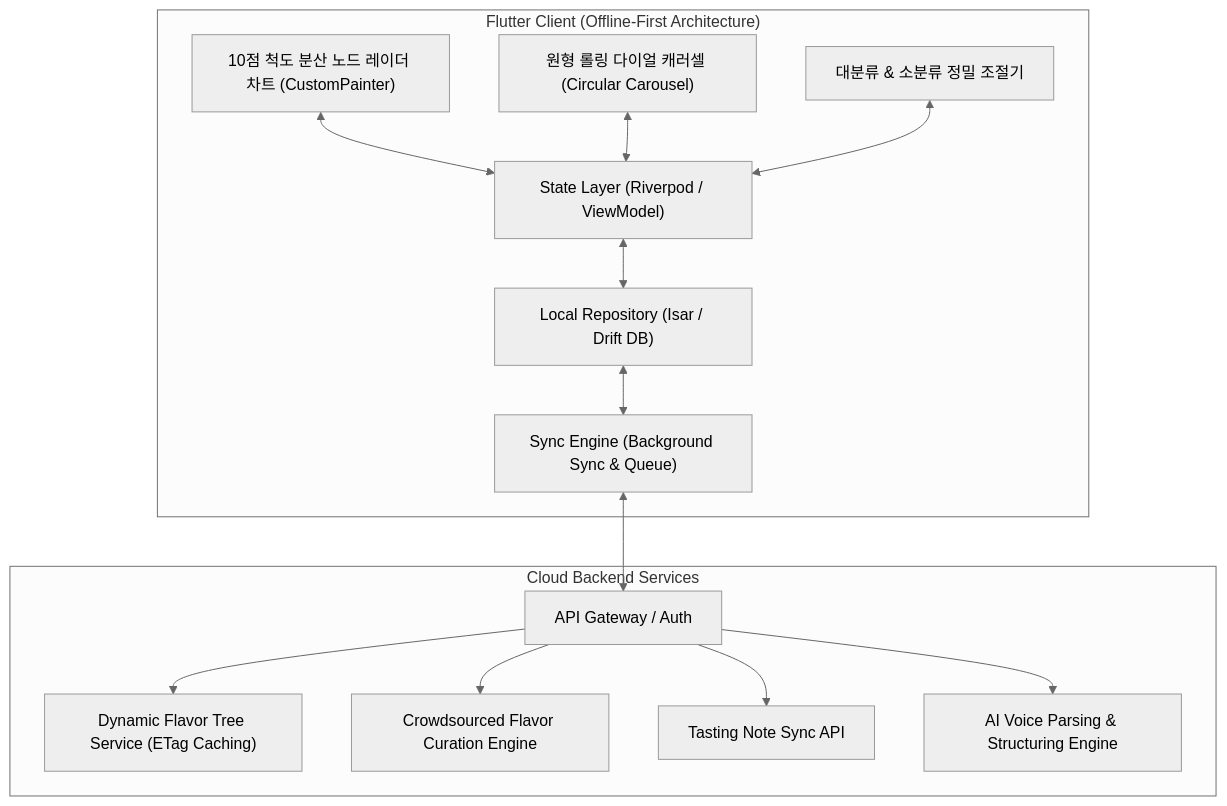
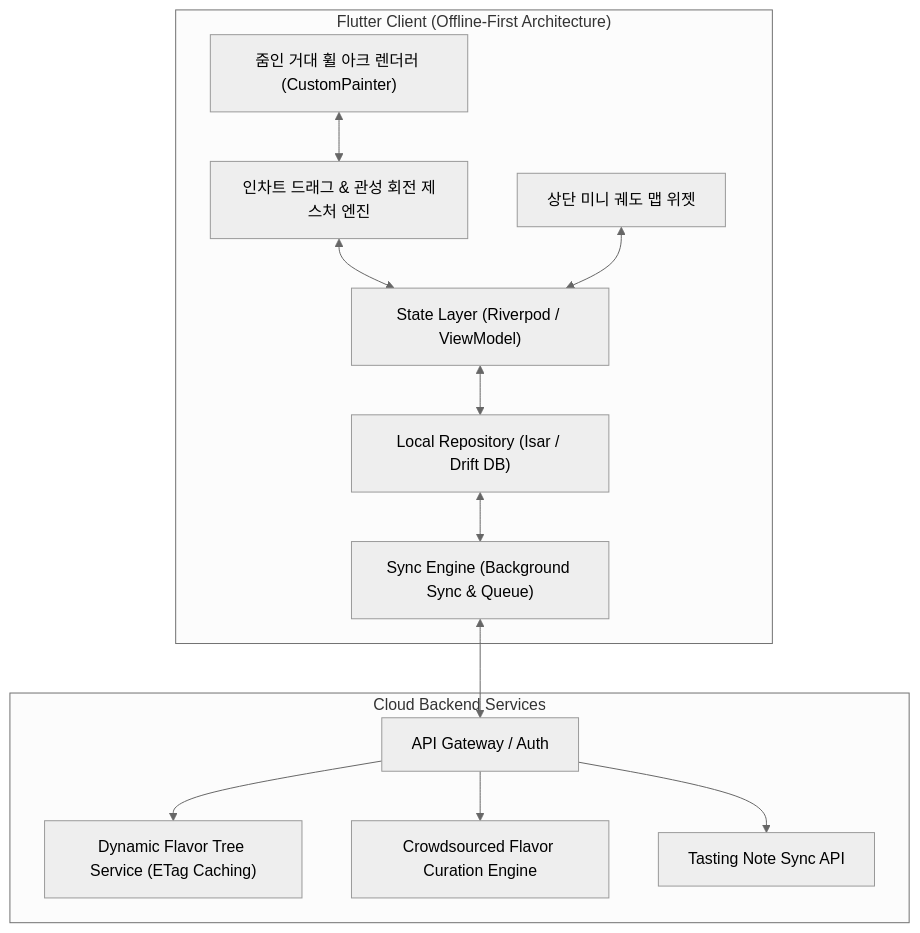
The third of 4 diagrams in README.md (chanhooop/FlavorWheel), drawn with Mermaid (neutral theme) before and after one commit. The commit also changed other lines of this file and 1 other file, not shown here.

Commit message:
feat: 줌인 거대 휠 아크(Zoomed Arc) 뷰포트 및 100% 인차트 직접 조작, 관성 회전 네비게이션 구현

````diff
--- a/README.md
+++ b/README.md
@@ -146,32 +104,30 @@
 ```mermaid
 graph TB
     subgraph Client ["Flutter Client (Offline-First Architecture)"]
-        UI_Chart["10점 척도 분산 노드 레이더 차트 (CustomPainter)"]
-        UI_Dial["원형 롤링 다이얼 캐러셀 (Circular Carousel)"]
-        UI_LeafPanel["대분류 & 소분류 정밀 조절기"]
-        
+        ZoomedCanvas["줌인 거대 휠 아크 렌더러 (CustomPainter)"]
+        GestureEngine["인차트 드래그 & 관성 회전 제스처 엔진"]
+        MiniOrbit["상단 미니 궤도 맵 위젯"]
+
         State["State Layer (Riverpod / ViewModel)"]
         SyncEngine["Sync Engine (Background Sync & Queue)"]
         LocalRepository["Local Repository (Isar / Drift DB)"]
 
-        UI_Chart <--> State
-        UI_Dial <--> State
-        UI_LeafPanel <--> State
+        ZoomedCanvas <--> GestureEngine
+        GestureEngine <--> State
+        MiniOrbit <--> State
         State <--> LocalRepository
         LocalRepository <--> SyncEngine
     end
 
     subgraph RemoteBackend ["Cloud Backend Services"]
         Gateway["API Gateway / Auth"]
         TreeService["Dynamic Flavor Tree Service (ETag Caching)"]
         CurationService["Crowdsourced Flavor Curation Engine"]
         NoteService["Tasting Note Sync API"]
-        LLMWorker["AI Voice Parsing & Structuring Engine"]
     end
 
     SyncEngine <--> Gateway
     Gateway --> TreeService
     Gateway --> CurationService
     Gateway --> NoteService
-    Gateway --> LLMWorker
 ```
````
